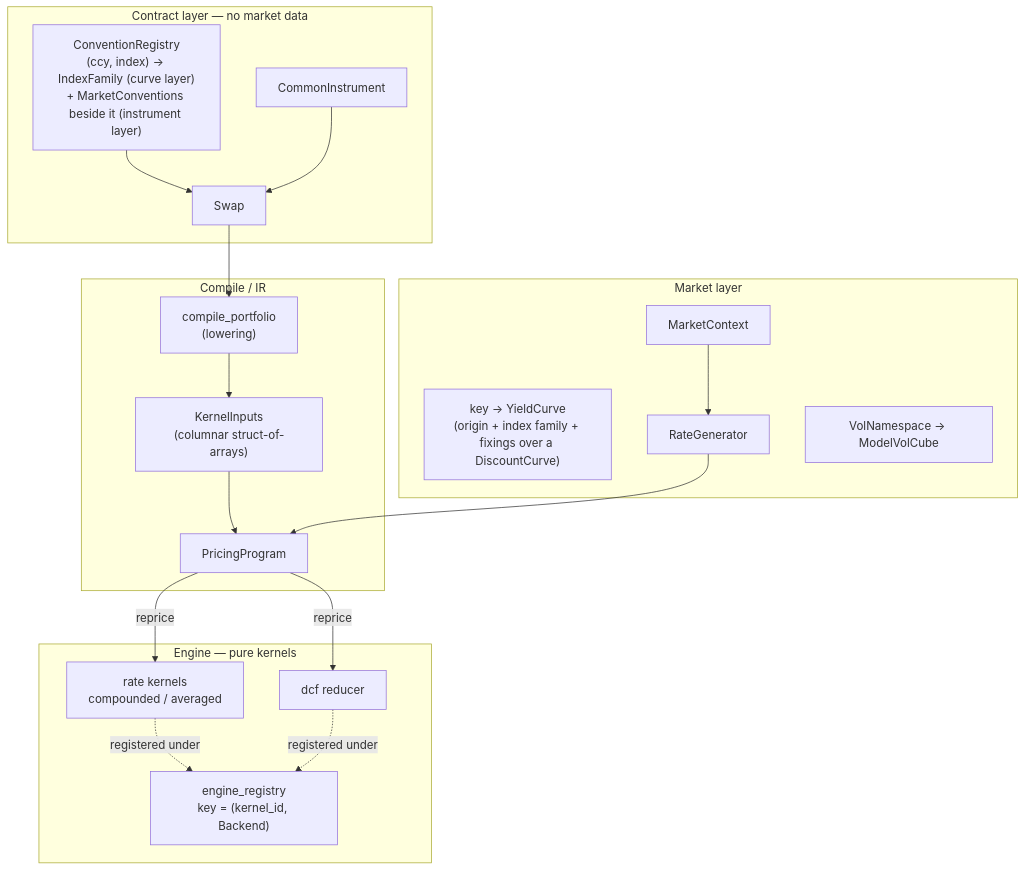
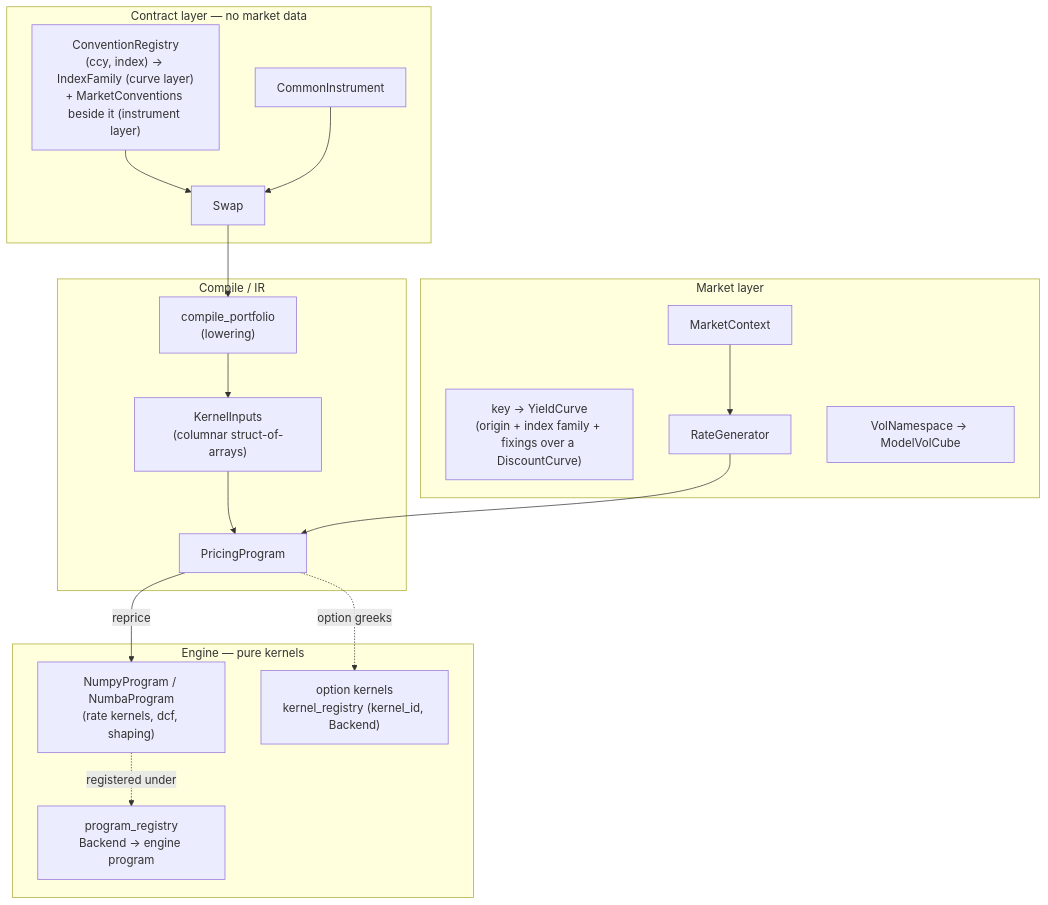
The second of 4 diagrams in docs/pricing_architecture.md (rudetastic13/quant-toolkit), drawn with Mermaid before and after one commit. The commit also changed other lines of this file and 30 other files, not shown here.

````diff
--- a/docs/pricing_architecture.md
+++ b/docs/pricing_architecture.md
@@ -87,33 +87,32 @@
 ```mermaid
 flowchart TB
     subgraph CONTRACT["Contract layer — no market data"]
         CONV["ConventionRegistry<br/>(ccy, index) -> IndexFamily (curve layer)<br/>+ MarketConventions beside it (instrument layer)"]
         CI["CommonInstrument"]
         RS2["Swap"]
     end
     subgraph MARKET["Market layer"]
         MC["MarketContext"]
         CN["key -> YieldCurve<br/>(origin + index family + fixings over a DiscountCurve)"]
         RG["RateGenerator"]
         VN["VolNamespace -> ModelVolCube"]
     end
     subgraph COMPILE["Compile / IR"]
         CMP["compile_portfolio<br/>(lowering)"]
         KI["KernelInputs<br/>(columnar struct-of-arrays)"]
         PP2["PricingProgram"]
     end
     subgraph ENGINE["Engine — pure kernels"]
-        REG["engine_registry<br/>key = (kernel_id, Backend)"]
-        RK["rate kernels<br/>compounded / averaged"]
-        DCF["dcf reducer"]
+        REG["program_registry<br/>Backend -> engine program"]
+        RK["NumpyProgram / NumbaProgram<br/>(rate kernels, dcf, shaping)"]
+        OK["option kernels<br/>kernel_registry (kernel_id, Backend)"]
     end
 
     CONV --> RS2
     CI --> RS2
     RS2 --> CMP --> KI --> PP2
     MC --> RG --> PP2
     PP2 -- "reprice" --> RK
-    PP2 -- "reprice" --> DCF
     RK -. "registered under" .-> REG
-    DCF -. "registered under" .-> REG
+    PP2 -. "option greeks" .-> OK
 ```
````
